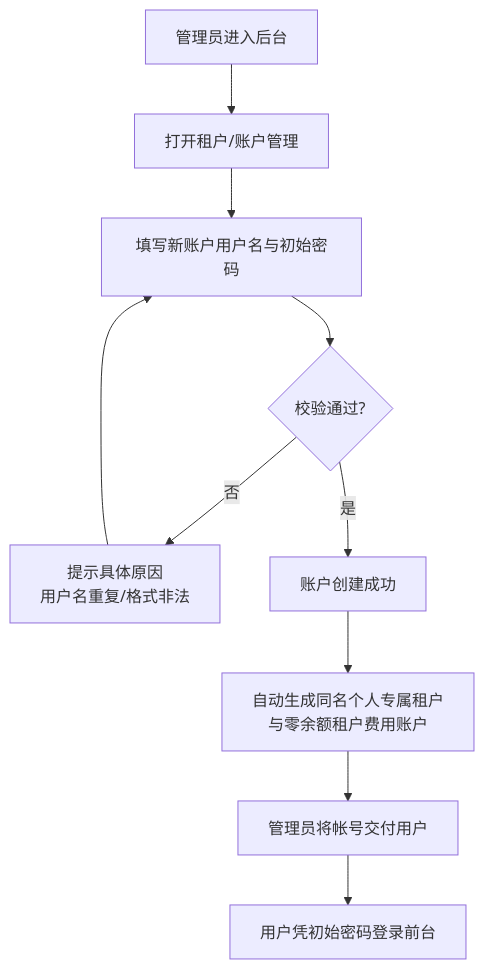
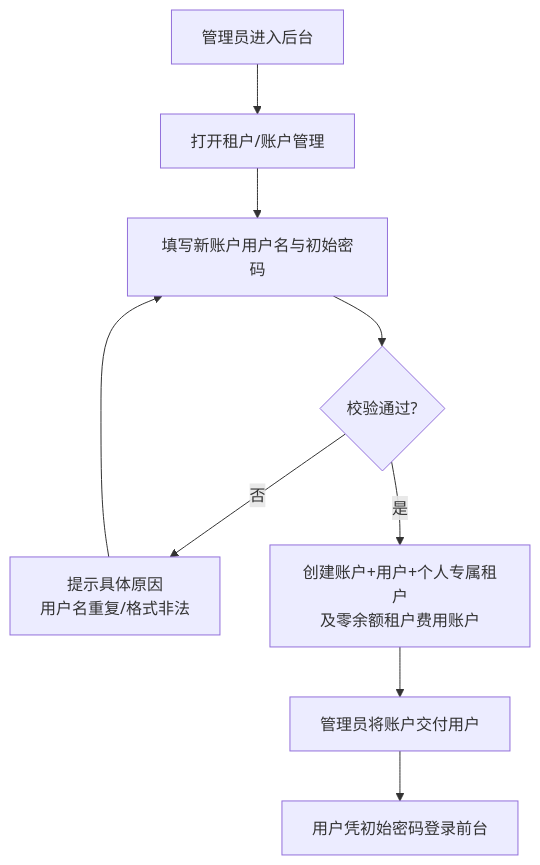
The third of 4 diagrams in docs/product/draft/20261027-multi-tenant-phase1.md (Deliay/z-agent-gear), drawn with Mermaid before and after one commit. The commit also changed other lines of this file and 3 other files, not shown here.

````diff
--- a/docs/product/draft/20261027-multi-tenant-phase1.md
+++ b/docs/product/draft/20261027-multi-tenant-phase1.md
@@ -146,12 +158,11 @@
 ```mermaid
 flowchart TD
     A[管理员进入后台] --> B[打开租户/账户管理]
     B --> C[填写新账户用户名与初始密码]
     C --> D{校验通过?}
     D -->|否| E[提示具体原因<br/>用户名重复/格式非法]
     E --> C
-    D -->|是| F[账户创建成功]
-    F --> G[自动生成同名个人专属租户<br/>与零余额租户费用账户]
-    G --> H[管理员将帐号交付用户]
-    H --> I[用户凭初始密码登录前台]
+    D -->|是| F[创建账户+用户+个人专属租户<br/>及零余额租户费用账户]
+    F --> G[管理员将账户交付用户]
+    G --> H[用户凭初始密码登录前台]
 ```
````
